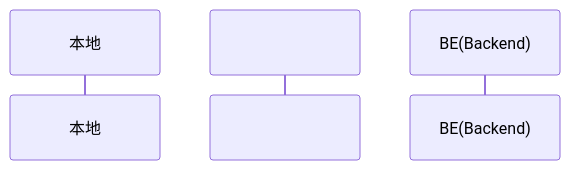
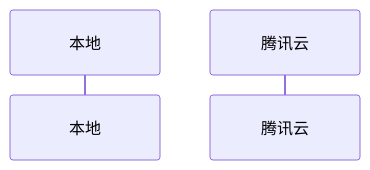
The diagram in all/未命名-5.md (HY-10-8/iodraw-files), drawn with Mermaid before and after one commit.

Commit message:
2026-04-24 10:24:26 update

````diff
--- a/all/未命名-5.md
+++ b/all/未命名-5.md
@@ -1,8 +1,9 @@
 ```mermaid
 sequenceDiagram
     autonumber
 
     participant Client as 本地
-    participant Server as 
-    participant BE as BE(Backend)
+    participant Server as 腾讯云
+
+    
 ```
````
